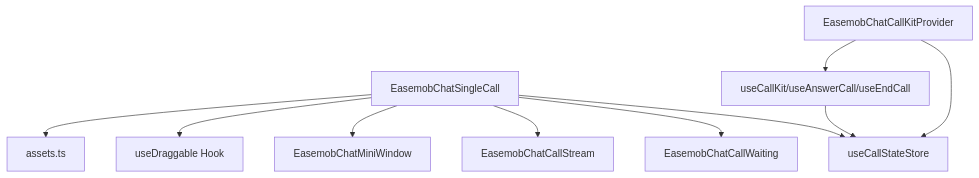
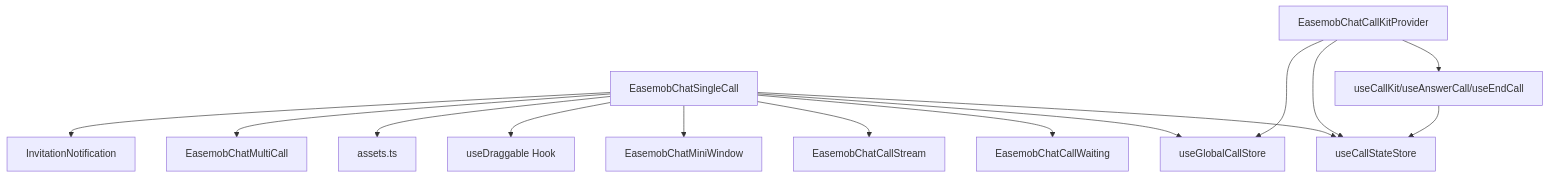
Before and after one commit to Easemob-Community/easemob-uikit-callkit-vue3: the ninth of 9 diagrams in .qoder/repowiki/zh/content/核心组件/单人通话组件/主组件 EasemobChatSingleCall.md, drawn with Mermaid. The commit also changed other lines of this file and 40 other files, not shown here.

````diff
--- a/.qoder/repowiki/zh/content/核心组件/单人通话组件/主组件 EasemobChatSingleCall.md
+++ b/.qoder/repowiki/zh/content/核心组件/单人通话组件/主组件 EasemobChatSingleCall.md
@@ -389,12 +520,16 @@
 ```mermaid
 graph TB
-Single["EasemobChatSingleCall"] --> Store["useCallStateStore"]
+Single["EasemobChatSingleCall"] --> CallStore["useCallStateStore"]
+Single --> GlobalStore["useGlobalCallStore"]
 Single --> Waiting["EasemobChatCallWaiting"]
 Single --> Stream["EasemobChatCallStream"]
 Single --> Mini["EasemobChatMiniWindow"]
 Single --> Draggable["useDraggable Hook"]
 Single --> Assets["assets.ts"]
-Provider["EasemobChatCallKitProvider"] --> Store
+Single --> MultiCall["EasemobChatMultiCall"]
+Single --> Invitation["InvitationNotification"]
+Provider["EasemobChatCallKitProvider"] --> CallStore
+Provider --> GlobalStore
 Provider --> Composables["useCallKit/useAnswerCall/useEndCall"]
-Composables --> Store
+Composables --> CallStore
 ```
````
